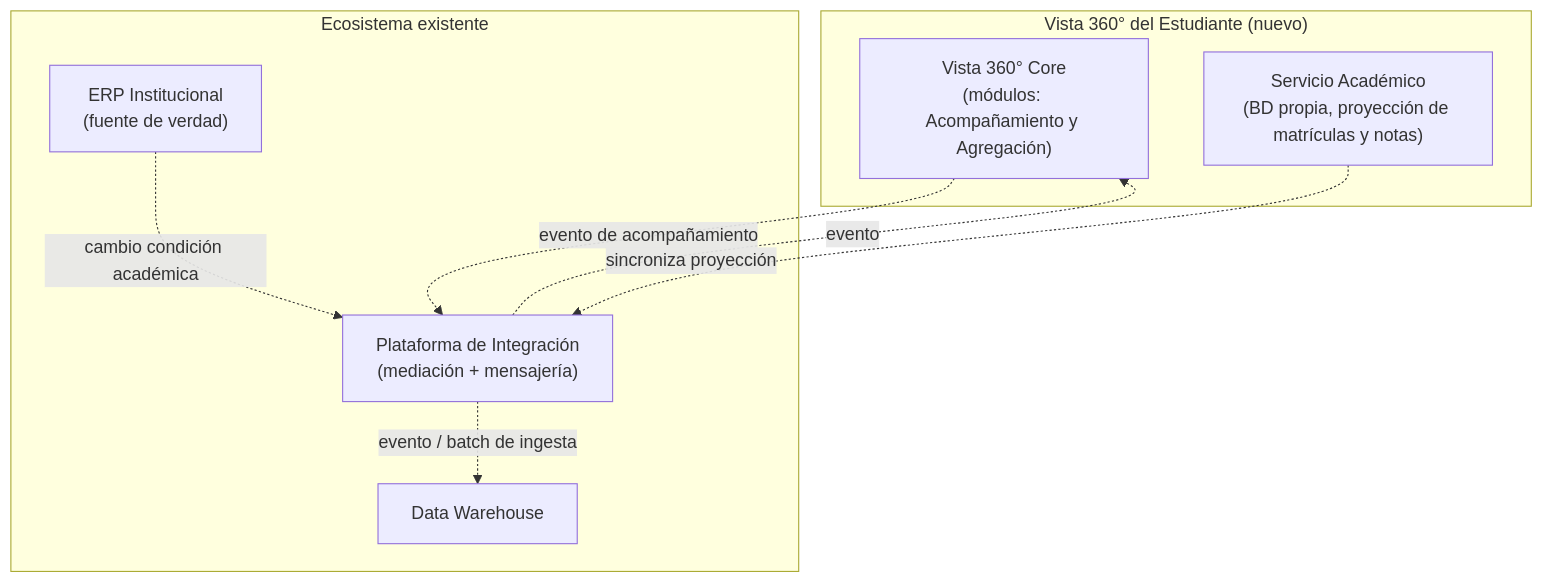
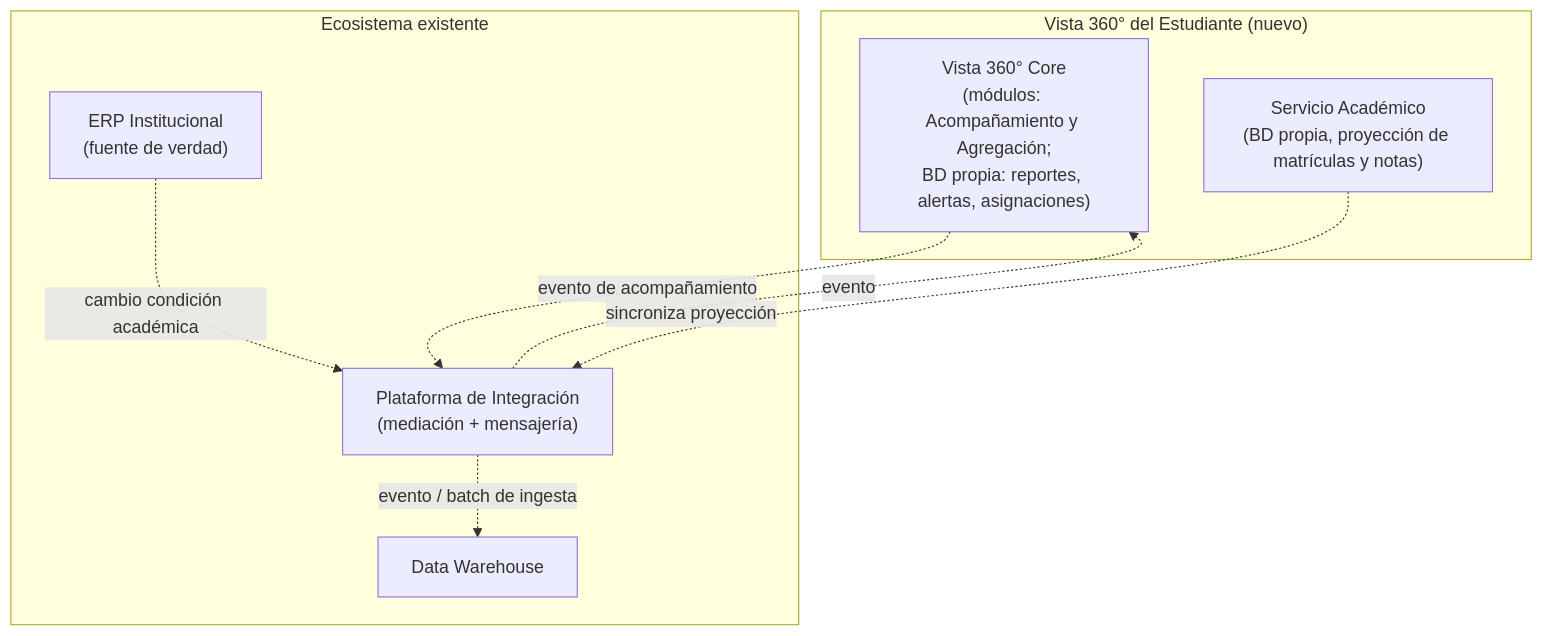
One commit to Juanpapb0401/Vista-360 changed the third of 3 diagrams in docs/01-arquitectura.md. Above: the diagram before and after it, drawn with Mermaid. The commit also changed other lines of this file and 3 other files, not shown here.

````diff
--- a/docs/01-arquitectura.md
+++ b/docs/01-arquitectura.md
@@ -62,23 +110,19 @@
 ```mermaid
 flowchart TD
     subgraph V360["Vista 360° del Estudiante (nuevo)"]
-        CORE["Vista 360° Core
-(módulos: Acompañamiento y Agregación)"]
-        ACAD["Servicio Académico
-(BD propia, proyección de matrículas y notas)"]
+        CORE["Vista 360° Core<br>(módulos: Acompañamiento y Agregación;<br>BD propia: reportes, alertas, asignaciones)"]
+        ACAD["Servicio Académico<br>(BD propia, proyección de matrículas y notas)"]
     end
 
     subgraph ECO["Ecosistema existente"]
-        INT["Plataforma de Integración
-(mediación + mensajería)"]
-        ERP["ERP Institucional
-(fuente de verdad)"]
+        INT["Plataforma de Integración<br>(mediación + mensajería)"]
+        ERP["ERP Institucional<br>(fuente de verdad)"]
         DWH["Data Warehouse"]
     end
 
     ERP -.->|cambio condición académica| INT
     INT -.->|evento| CORE
     CORE -.->|evento de acompañamiento| INT
     ACAD -.->|sincroniza proyección| INT
     INT -.->|evento / batch de ingesta| DWH
 ```
````
